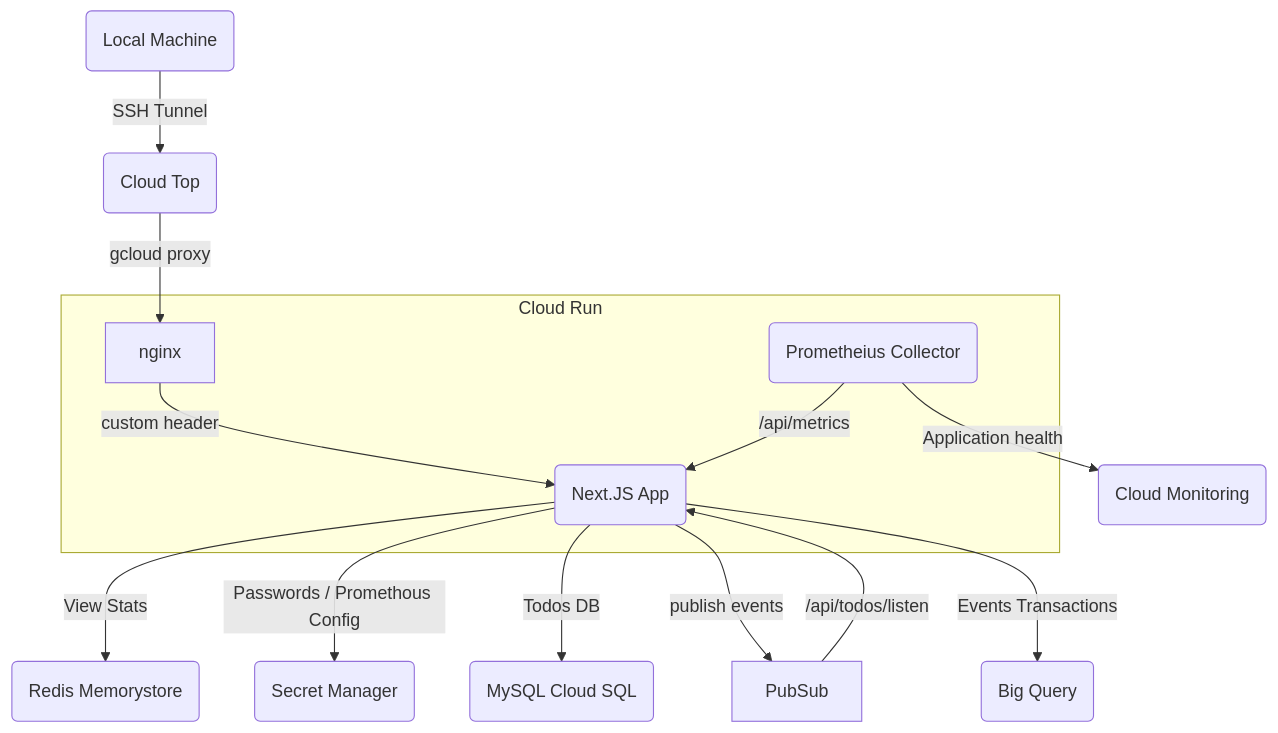
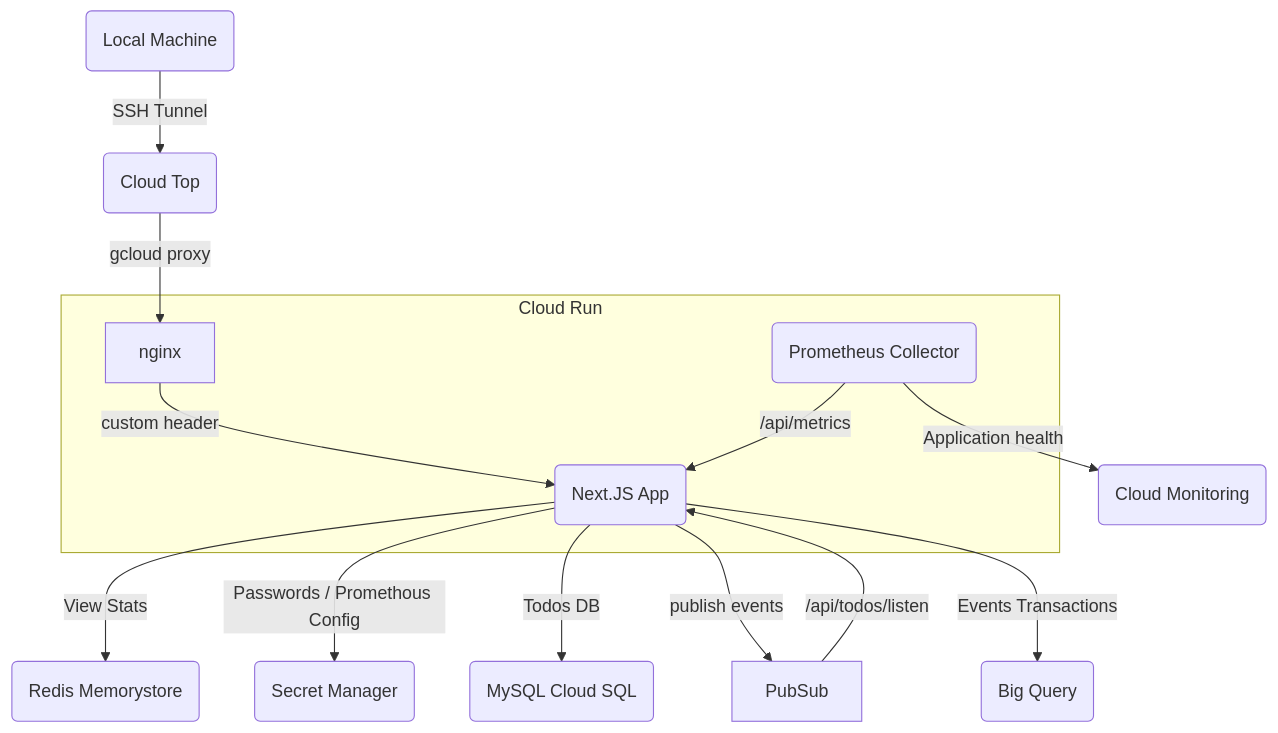
The diagram in README.md (smsohan/immerse-next), drawn with Mermaid before and after one commit. The commit also changed 1 other file, not shown here.

Commit message:
Typo fixed

````diff
--- a/README.md
+++ b/README.md
@@ -6,16 +6,16 @@
 ```mermaid
 flowchart TB
     Client(Local Machine) -- SSH Tunnel --> CT(Cloud Top)
     CT -- gcloud proxy --> nginx
     subgraph Cloud Run
     nginx -- custom header --> app
-    prom(Prometheius Collector) -- /api/metrics --> app(Next.JS App)
+    prom(Prometheus Collector) -- /api/metrics --> app(Next.JS App)
     end
     app -- View Stats --> redis(Redis Memorystore)
     app -- Passwords / Promethous Config --> SM(Secret Manager)
     app -- Todos DB --> SQL(MySQL Cloud SQL)
     PubSub -- /api/todos/listen --> app
     app -- publish events --> PubSub
     app -- Events Transactions --> bg(Big Query)
     prom -- Application health --> mon(Cloud Monitoring)
 ```
````
